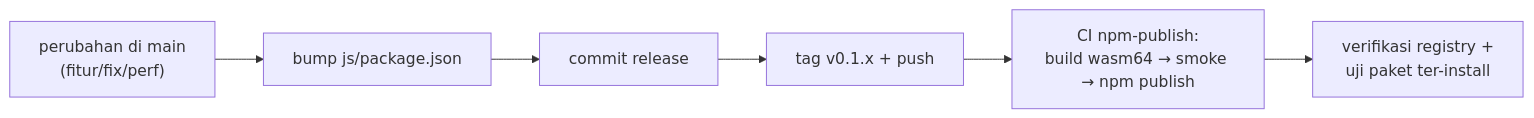
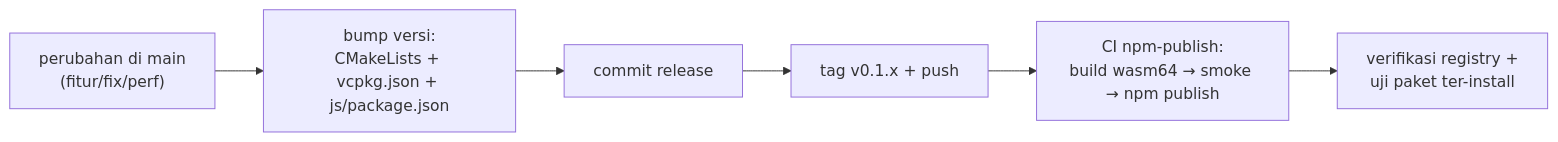
Before and after one commit to zuudevs/ze_json: the second of 2 diagrams in docs/development/workflow.md, drawn with Mermaid. The commit also changed other lines of this file and 63 other files, not shown here.

````diff
--- a/docs/development/workflow.md
+++ b/docs/development/workflow.md
@@ -75,8 +75,8 @@
 ```mermaid
 flowchart LR
-    A["perubahan di main<br/>(fitur/fix/perf)"] --> B["bump js/package.json"]
+    A["perubahan di main<br/>(fitur/fix/perf)"] --> B["bump versi:<br/>CMakeLists + vcpkg.json + js/package.json"]
     B --> C["commit release"]
     C --> D["tag v0.1.x + push"]
     D --> E["CI npm-publish:<br/>build wasm64 → smoke → npm publish"]
     E --> F["verifikasi registry +<br/>uji paket ter-install"]
 ```
````
